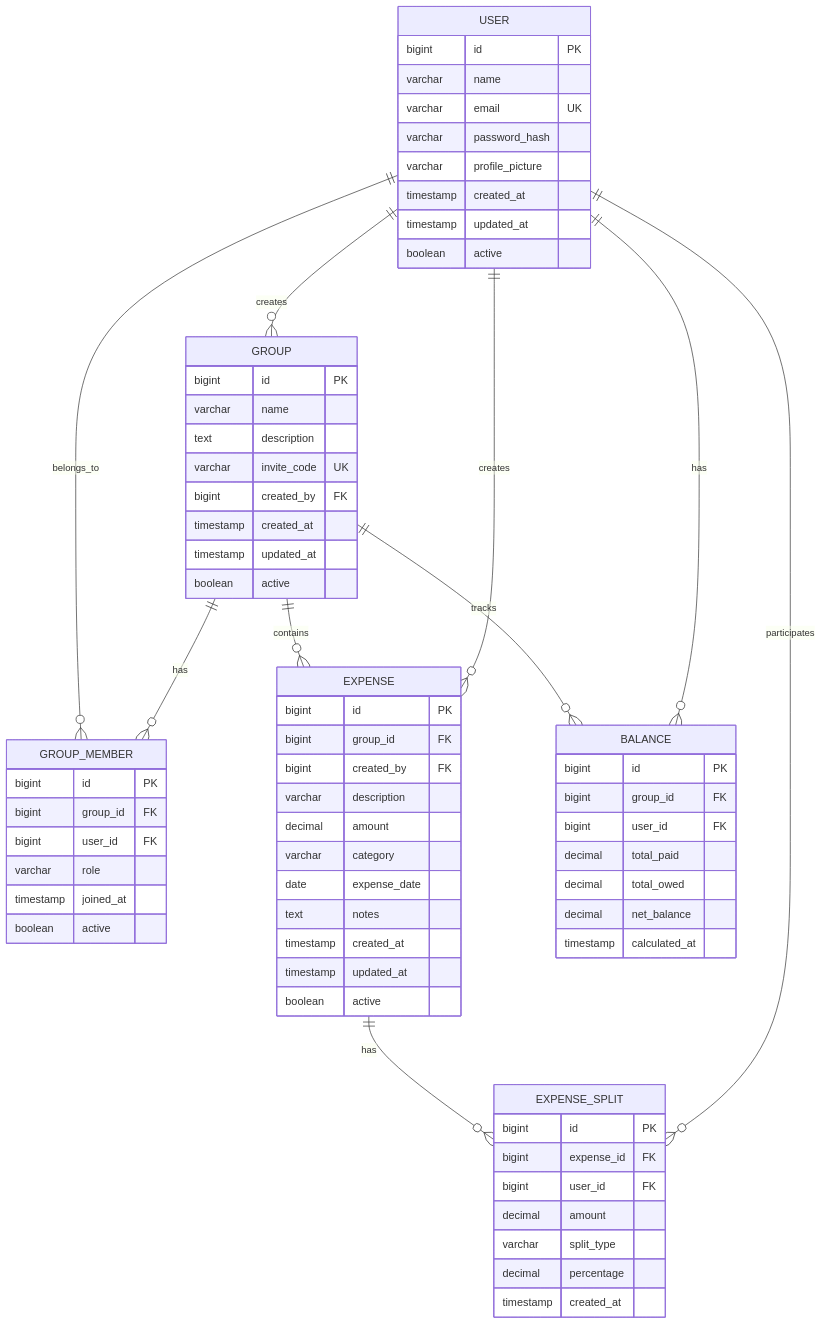
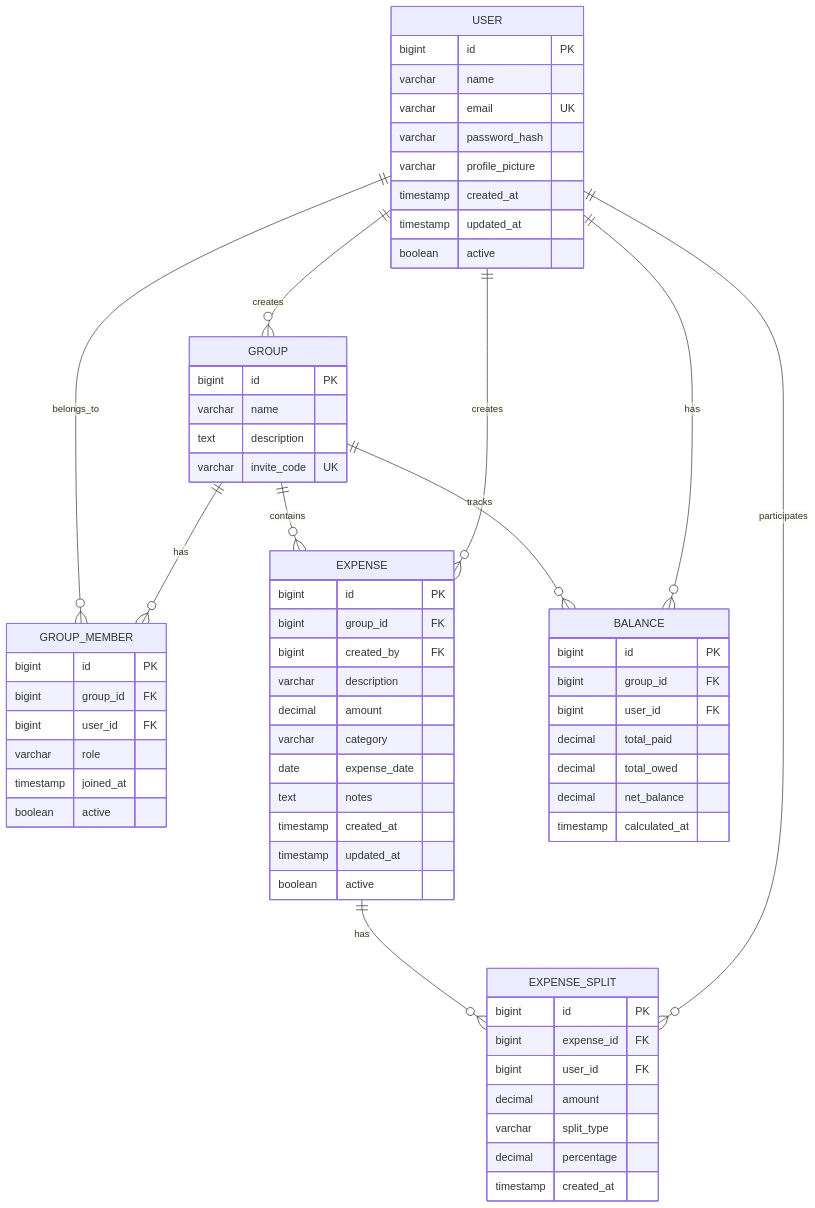
Before and after one commit to Finboostplus/finboostplus-app: the third of 8 diagrams in docs/project/diagrams.md, drawn with Mermaid. The commit also changed other lines of this file and 21 other files, not shown here.

````diff
--- a/docs/project/diagrams.md
+++ b/docs/project/diagrams.md
@@ -133,77 +118,67 @@
 ```mermaid
 erDiagram
     USER {
         bigint id PK
         varchar name
         varchar email UK
         varchar password_hash
         varchar profile_picture
         timestamp created_at
         timestamp updated_at
         boolean active
     }
-    
     GROUP {
         bigint id PK
         varchar name
         text description
         varchar invite_code UK
-        bigint created_by FK
-        timestamp created_at
-        timestamp updated_at
-        boolean active
     }
-    
     GROUP_MEMBER {
         bigint id PK
         bigint group_id FK
         bigint user_id FK
         varchar role
         timestamp joined_at
         boolean active
     }
-    
     EXPENSE {
         bigint id PK
         bigint group_id FK
         bigint created_by FK
         varchar description
         decimal amount
         varchar category
         date expense_date
         text notes
         timestamp created_at
         timestamp updated_at
         boolean active
     }
-    
     EXPENSE_SPLIT {
         bigint id PK
         bigint expense_id FK
         bigint user_id FK
         decimal amount
         varchar split_type
         decimal percentage
         timestamp created_at
     }
-    
     BALANCE {
         bigint id PK
         bigint group_id FK
         bigint user_id FK
         decimal total_paid
         decimal total_owed
         decimal net_balance
         timestamp calculated_at
     }
-    
     USER ||--o{ GROUP : creates
     USER ||--o{ GROUP_MEMBER : belongs_to
     GROUP ||--o{ GROUP_MEMBER : has
     GROUP ||--o{ EXPENSE : contains
     USER ||--o{ EXPENSE : creates
     EXPENSE ||--o{ EXPENSE_SPLIT : has
     USER ||--o{ EXPENSE_SPLIT : participates
     GROUP ||--o{ BALANCE : tracks
     USER ||--o{ BALANCE : has
 ```
````
